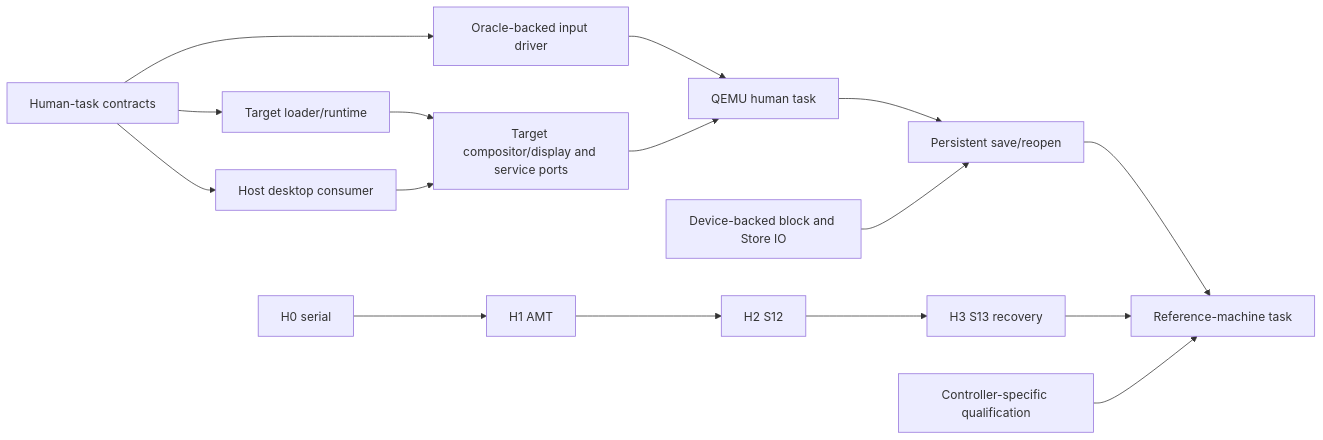
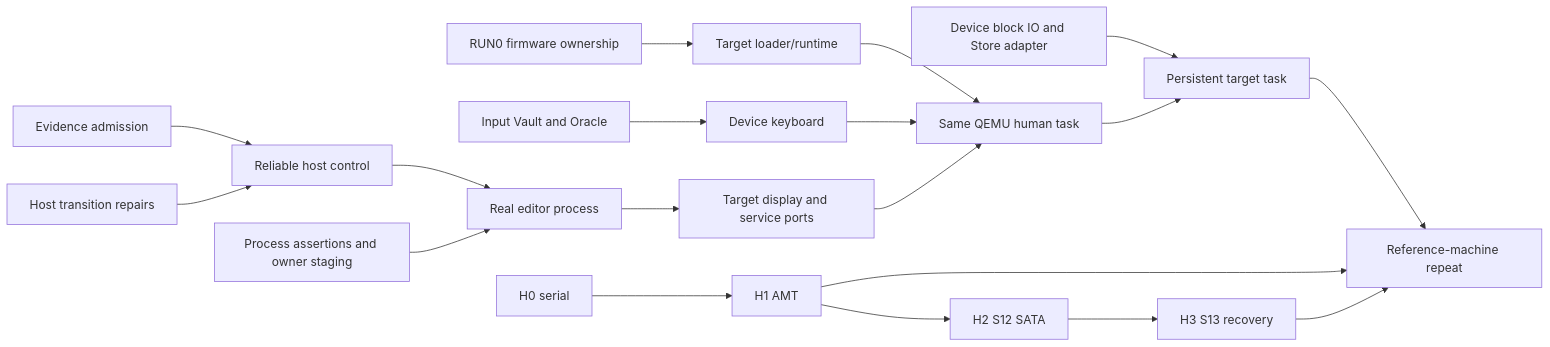
Before and after one commit to maxwellsantoro/RamenOS: the diagram in ROADMAP.md, drawn with Mermaid. The commit also changed other lines of this file and 38 other files, not shown here.

Commit message:
Optimize parallel agent roadmap, project guidance, and CI evidence (#35)

````diff
--- a/ROADMAP.md
+++ b/ROADMAP.md
@@ -56,18 +46,21 @@
 ```mermaid
 flowchart LR
-    C[Human-task contracts] --> R[Target loader/runtime]
-    C --> I[Oracle-backed input driver]
-    C --> U[Host desktop consumer]
-    R --> T[Target compositor/display and service ports]
-    U --> T
-    I --> Q[QEMU human task]
-    T --> Q
-    Q --> P[Persistent save/reopen]
-    B[Device-backed block and Store IO] --> P
-    P --> M[Reference-machine task]
+    E[Evidence admission] --> H[Reliable host control]
+    F[Host transition repairs] --> H
+    H --> P[Real editor process]
+    C[Process assertions and owner staging] --> P
+    R[RUN0 firmware ownership] --> L[Target loader/runtime]
+    I[Input Vault and Oracle] --> K[Device keyboard]
+    P --> D[Target display and service ports]
+    L --> Q[Same QEMU human task]
+    K --> Q
+    D --> Q
+    S[Device block IO and Store adapter] --> T[Persistent target task]
+    Q --> T
+    T --> M[Reference-machine repeat]
     H0[H0 serial] --> H1[H1 AMT]
-    H1 --> H2[H2 S12]
+    H1 --> H2[H2 S12 SATA]
     H2 --> H3[H3 S13 recovery]
+    H1 --> M
     H3 --> M
-    D[Controller-specific qualification] --> M
 ```
````
